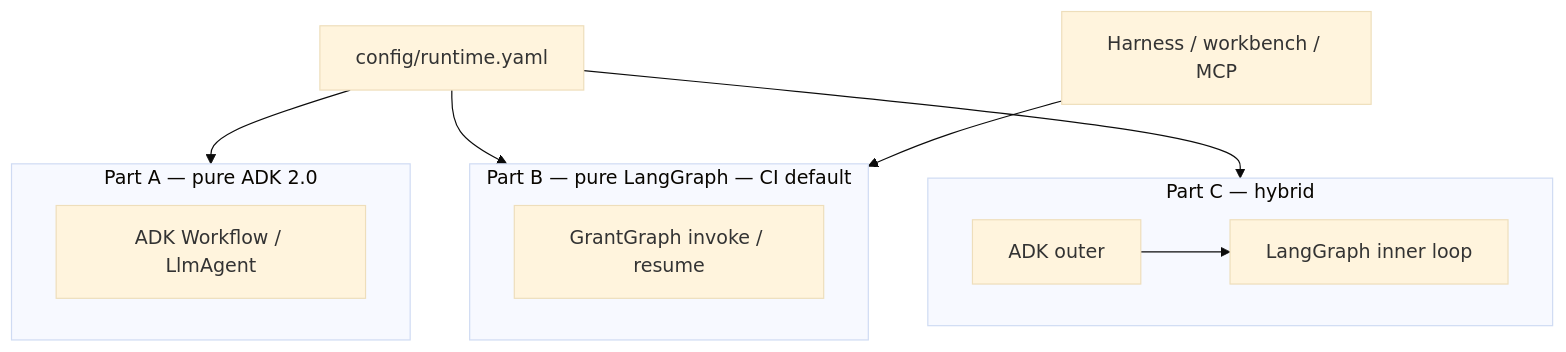
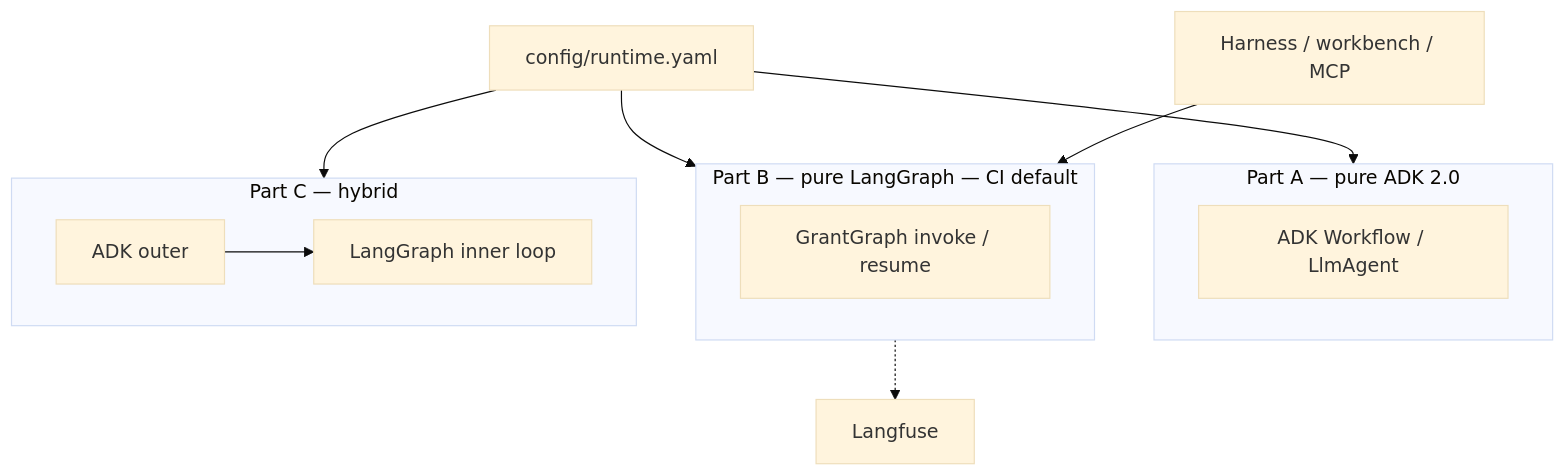
The fourth of 6 diagrams in docs/architecture.md (YPCC/grant-agent-lab), drawn with Mermaid (base theme) before and after one commit. The commit also changed other lines of this file and 9 other files, not shown here.

````diff
--- a/docs/architecture.md
+++ b/docs/architecture.md
@@ -137,19 +143,20 @@
 ```mermaid
 flowchart TB
   subgraph A["Part A — pure ADK 2.0"]
     ADK[ADK Workflow / LlmAgent]
   end
   subgraph B["Part B — pure LangGraph — CI default"]
     LG[GrantGraph invoke / resume]
   end
   subgraph C["Part C — hybrid"]
     ADK2[ADK outer]
     LG2[LangGraph inner loop]
     ADK2 --> LG2
   end
 
   CFG[config/runtime.yaml] --> A
   CFG --> B
   CFG --> C
   H[Harness / workbench / MCP] --> B
+  B -.-> LF[Langfuse]
 ```
````
